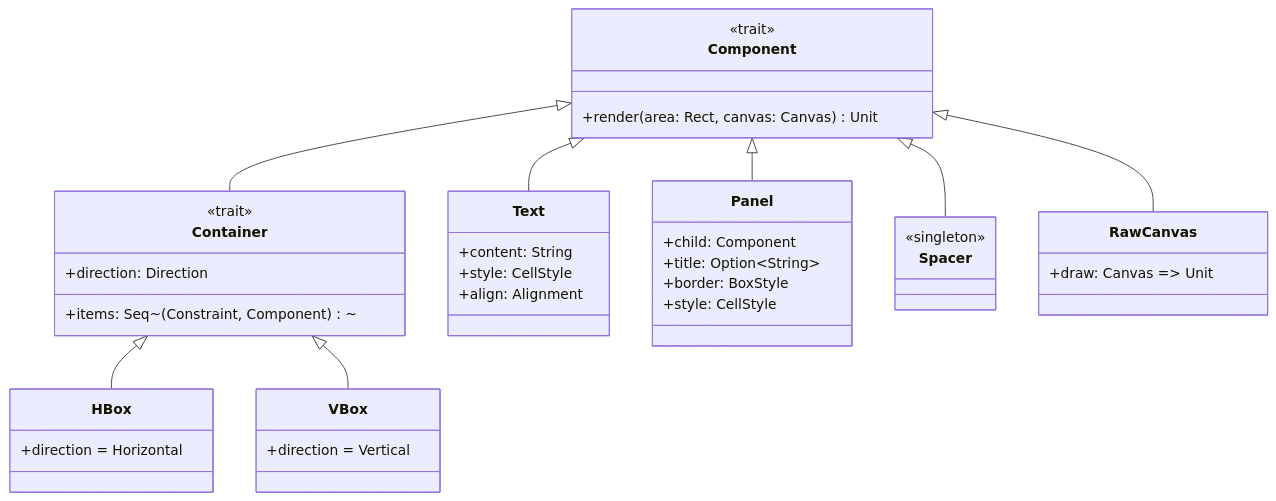
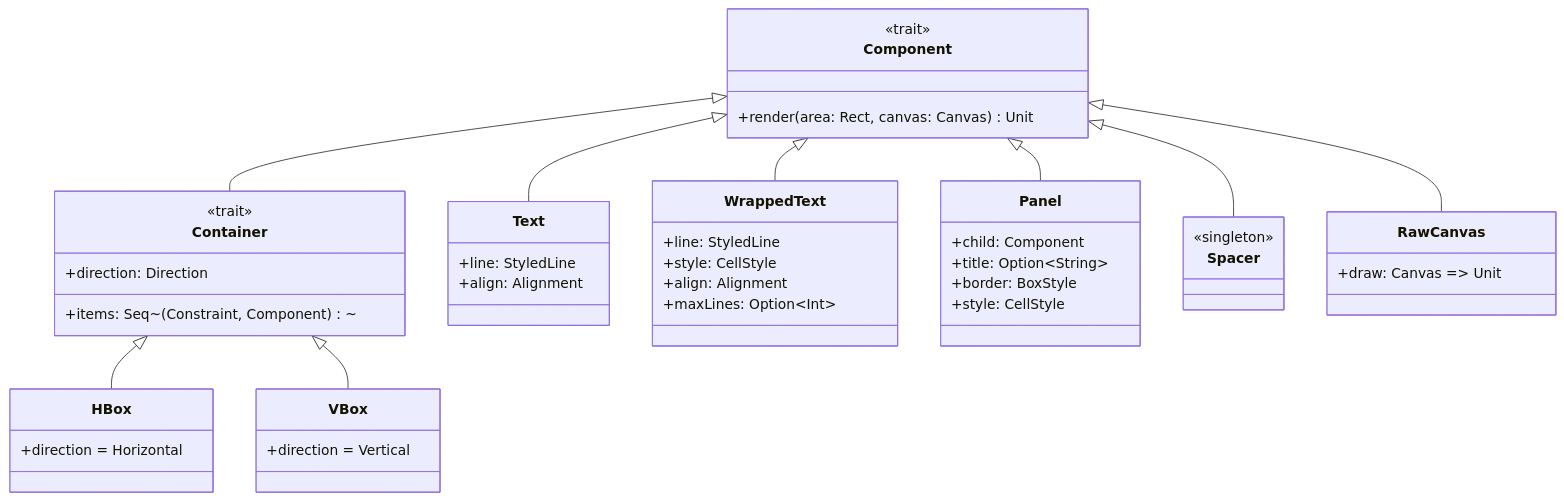
One commit to WickedSik/ws-console changed the eighth of 27 diagrams in docs/reference/terminal-architecture.md. Above: the diagram before and after it, drawn with Mermaid. The commit also changed other lines of this file and 18 other files, not shown here.

First line of the commit message:
Add WrappedText, styled spans, and a JVM 20 minimum

````diff
--- a/docs/reference/terminal-architecture.md
+++ b/docs/reference/terminal-architecture.md
@@ -744,43 +752,50 @@
 ```mermaid
 classDiagram
     class Component {
         <<trait>>
         +render(area: Rect, canvas: Canvas) Unit
     }
 
     class Container {
         <<trait>>
         +items: Seq~(Constraint, Component)~
         +direction: Direction
     }
 
     class HBox { +direction = Horizontal }
     class VBox { +direction = Vertical   }
 
     class Text {
-        +content: String
+        +line: StyledLine
+        +align: Alignment
+    }
+
+    class WrappedText {
+        +line: StyledLine
         +style: CellStyle
         +align: Alignment
+        +maxLines: Option~Int~
     }
 
     class Panel {
         +child: Component
         +title: Option~String~
         +border: BoxStyle
         +style: CellStyle
     }
 
     class Spacer { <<singleton>> }
 
     class RawCanvas {
         +draw: Canvas =&gt; Unit
     }
 
     Component <|-- Container
     Component <|-- Text
+    Component <|-- WrappedText
     Component <|-- Panel
     Component <|-- Spacer
     Component <|-- RawCanvas
     Container <|-- HBox
     Container <|-- VBox
 ```
````
